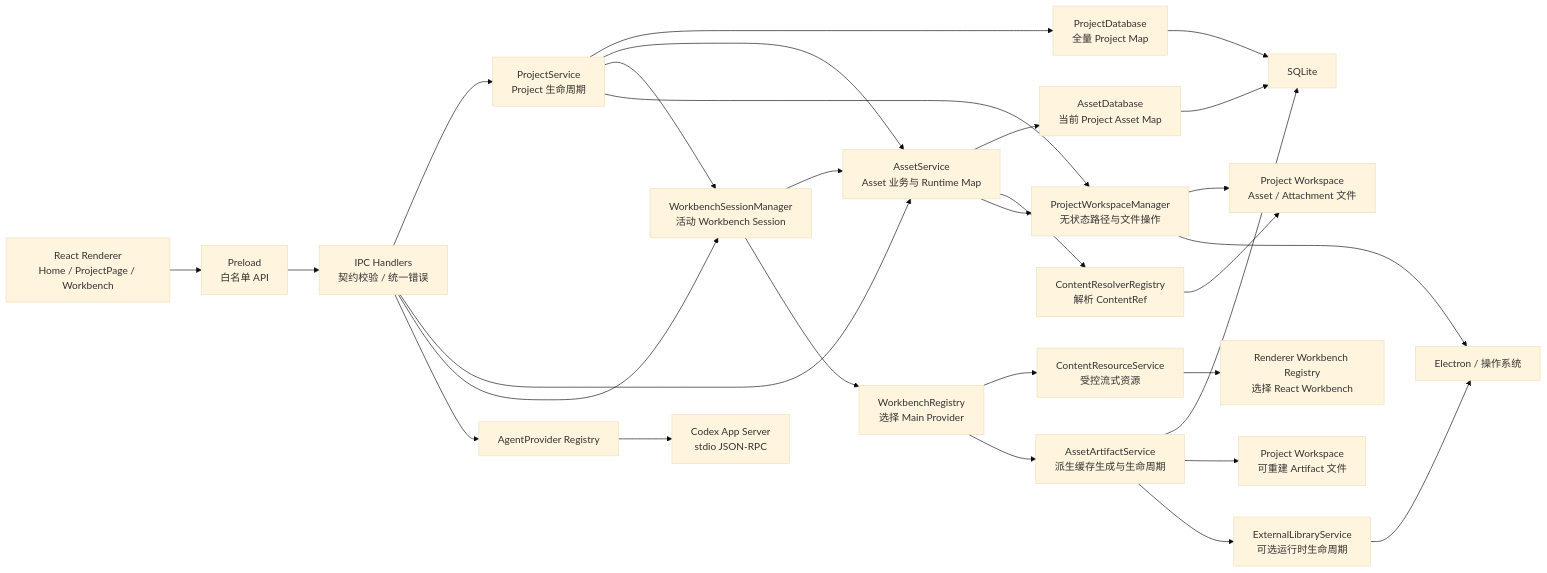
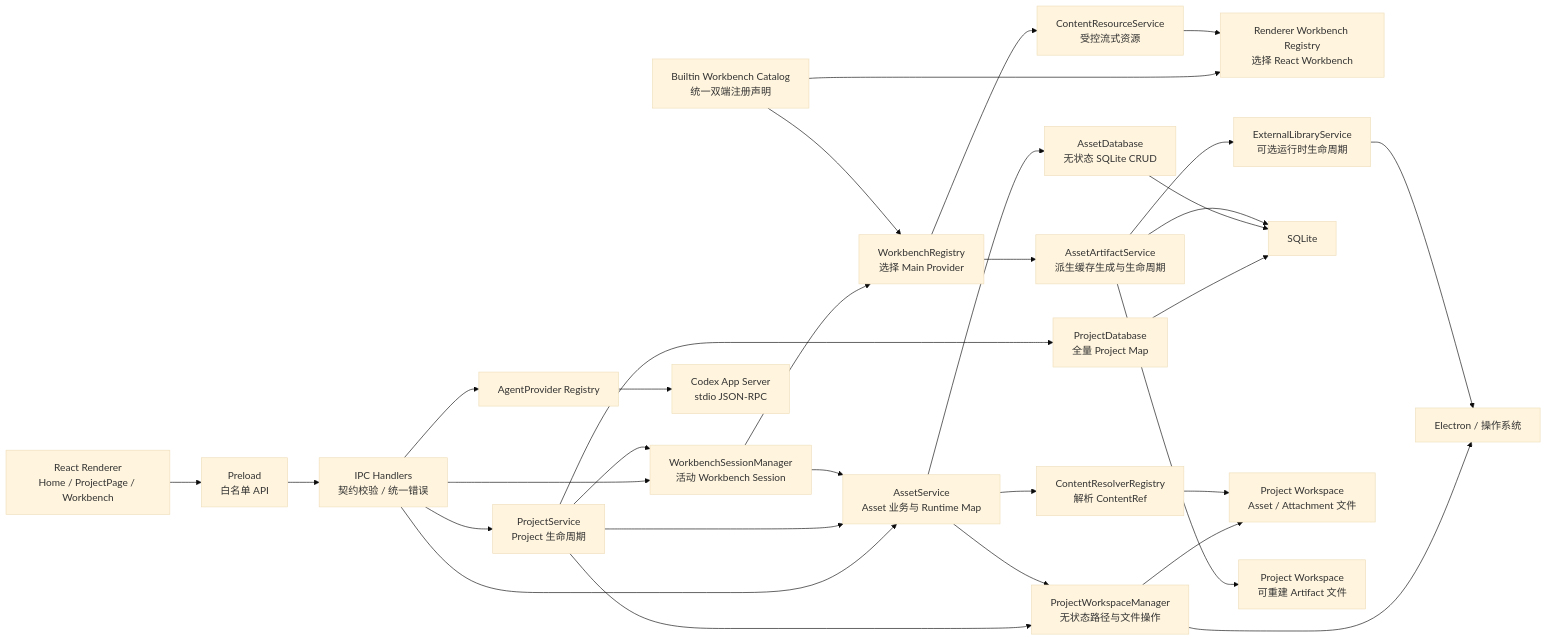
Before and after one commit to wu-tian807/learning-companion: the diagram in TECH_STACK.md, drawn with Mermaid (base theme). The commit also changed other lines of this file and 2 other files, not shown here.

````diff
--- a/TECH_STACK.md
+++ b/TECH_STACK.md
@@ -96,61 +97,64 @@
 ```mermaid
 flowchart LR
     UI["React Renderer<br/>Home / ProjectPage / Workbench"]
     PRELOAD["Preload<br/>白名单 API"]
     IPC["IPC Handlers<br/>契约校验 / 统一错误"]
 
     PS["ProjectService<br/>Project 生命周期"]
     AS["AssetService<br/>Asset 业务与 Runtime Map"]
     PDB["ProjectDatabase<br/>全量 Project Map"]
-    ADB["AssetDatabase<br/>当前 Project Asset Map"]
+    ADB["AssetDatabase<br/>无状态 SQLite CRUD"]
     PWM["ProjectWorkspaceManager<br/>无状态路径与文件操作"]
 
     WSM["WorkbenchSessionManager<br/>活动 Workbench Session"]
     WR["WorkbenchRegistry<br/>选择 Main Provider"]
+    WC["Builtin Workbench Catalog<br/>统一双端注册声明"]
     CR["ContentResolverRegistry<br/>解析 ContentRef"]
     RS["ContentResourceService<br/>受控流式资源"]
     RR["Renderer Workbench Registry<br/>选择 React Workbench"]
     ARTS["AssetArtifactService<br/>派生缓存生成与生命周期"]
     EXT["ExternalLibraryService<br/>可选运行时生命周期"]
 
     DB["SQLite"]
     FILES["Project Workspace<br/>Asset / Attachment 文件"]
     ARTIFACTS["Project Workspace<br/>可重建 Artifact 文件"]
     OS["Electron / 操作系统"]
 
     AGENT["AgentProvider Registry"]
     CODEX["Codex App Server<br/>stdio JSON-RPC"]
 
     UI --> PRELOAD --> IPC
     IPC --> PS
     IPC --> AS
     IPC --> WSM
 
     PS --> PDB
     PS --> AS
     PS --> WSM
     PS --> PWM
 
     AS --> ADB
     AS --> CR
     AS --> PWM
 
     PDB --> DB
     ADB --> DB
     PWM --> FILES
     PWM --> OS
 
     WSM --> AS
     WSM --> WR
+    WC --> WR
+    WC --> RR
     CR --> FILES
     WR --> RS
     WR --> ARTS
     ARTS --> DB
     ARTS --> ARTIFACTS
     ARTS --> EXT
     EXT --> OS
     RS --> RR
 
     IPC --> AGENT
     AGENT --> CODEX
 ```
````
